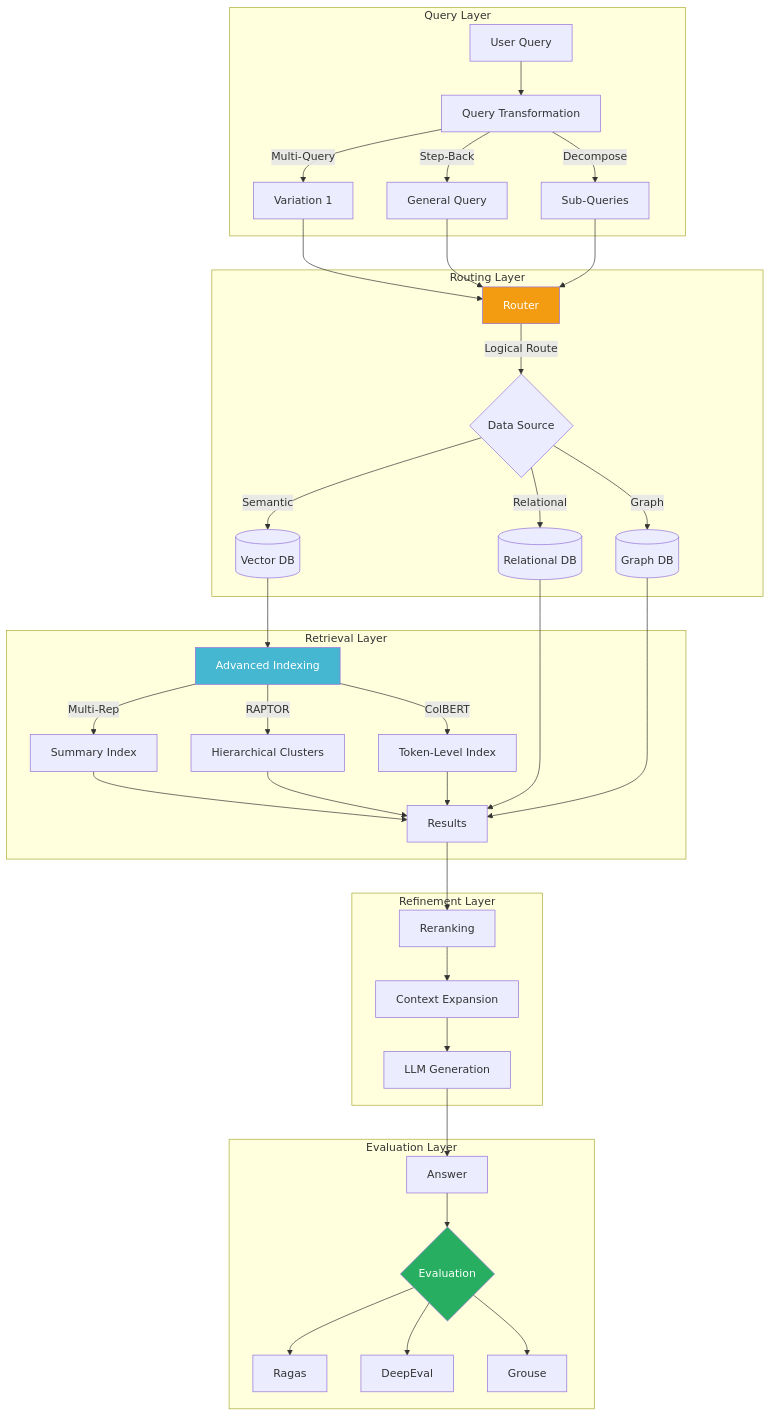
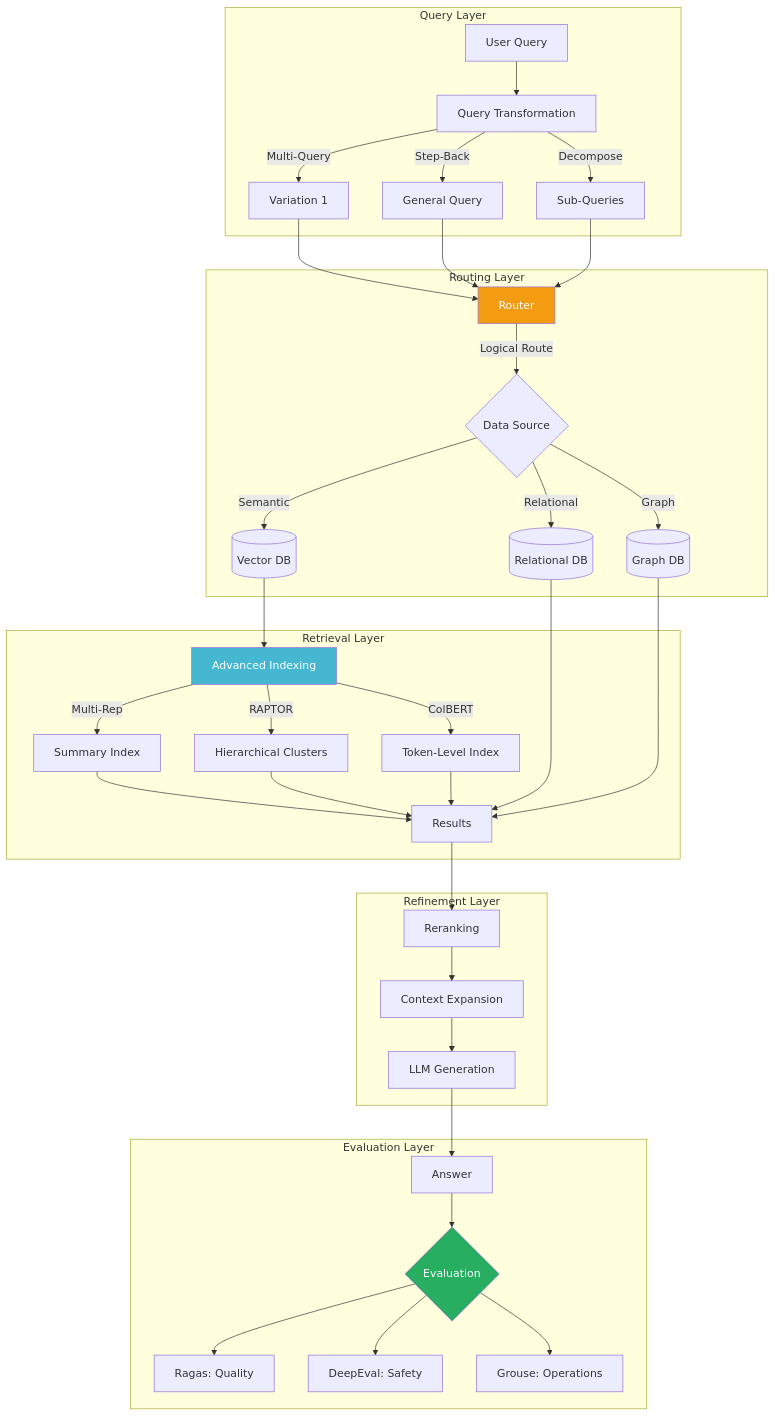
Before and after one commit to rsrini7/Learnings: diagram 12 of 12 in AI-ML/RAG-Architectures.md, drawn with Mermaid. The commit also changed other lines of this file, not shown here.

First line of the commit message:
docs: add production notes and impact sections to RAG guide

````diff
--- a/AI-ML/RAG-Architectures.md
+++ b/AI-ML/RAG-Architectures.md
@@ -1405,50 +1425,50 @@
 ```mermaid
 graph TB
     subgraph "Query Layer"
         Q[User Query] --> QT[Query Transformation]
         QT --> |Multi-Query| QT1[Variation 1]
         QT --> |Step-Back| QT2[General Query]
         QT --> |Decompose| QT3[Sub-Queries]
     end
     
     subgraph "Routing Layer"
         QT1 --> R[Router]
         QT2 --> R
         QT3 --> R
         R --> |Logical Route| RD{Data Source}
         RD --> |Semantic| VDB[(Vector DB)]
         RD --> |Relational| SQL[(Relational DB)]
         RD --> |Graph| GDB[(Graph DB)]
     end
     
     subgraph "Retrieval Layer"
         VDB --> IDX[Advanced Indexing]
         IDX --> |Multi-Rep| SUM[Summary Index]
         IDX --> |RAPTOR| HIER[Hierarchical Clusters]
         IDX --> |ColBERT| TOK[Token-Level Index]
         
         SUM --> RES[Results]
         HIER --> RES
         TOK --> RES
         SQL --> RES
         GDB --> RES
     end
     
     subgraph "Refinement Layer"
         RES --> RRK[Reranking]
         RRK --> CTX[Context Expansion]
         CTX --> GEN[LLM Generation]
     end
     
     subgraph "Evaluation Layer"
         GEN --> ANS[Answer]
         ANS --> EVAL{Evaluation}
-        EVAL --> RAG[Ragas]
-        EVAL --> DEEP[DeepEval]
-        EVAL --> GRO[Grouse]
+        EVAL --> RAG[Ragas: Quality]
+        EVAL --> DEEP[DeepEval: Safety]
+        EVAL --> GRO[Grouse: Operations]
     end
     
     style R fill:#f39c12,color:#fff
     style IDX fill:#45b7d1,color:#fff
     style EVAL fill:#27ae60,color:#fff
 ```
````
